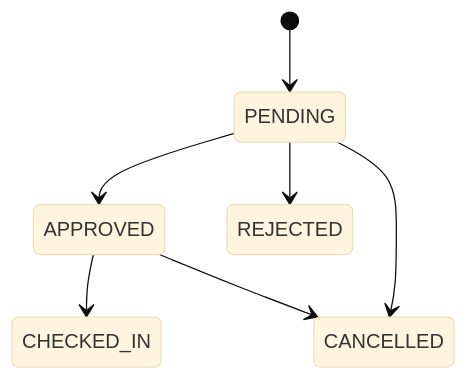
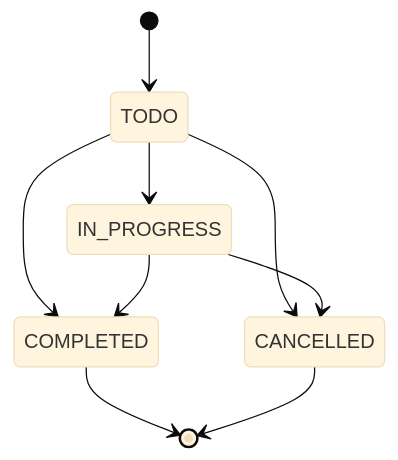
Before and after one commit to Weisheng02/degreeflow: the second of 2 diagrams in README.md, drawn with Mermaid (base theme). The commit also changed other lines of this file and 64 other files, not shown here.

````diff
--- a/README.md
+++ b/README.md
@@ -48,9 +41,11 @@
 ```mermaid
 stateDiagram-v2
-    [*] --> PENDING
-    PENDING --> APPROVED
-    PENDING --> REJECTED
-    PENDING --> CANCELLED
-    APPROVED --> CHECKED_IN
-    APPROVED --> CANCELLED
+    [*] --> TODO
+    TODO --> IN_PROGRESS
+    TODO --> COMPLETED
+    TODO --> CANCELLED
+    IN_PROGRESS --> COMPLETED
+    IN_PROGRESS --> CANCELLED
+    COMPLETED --> [*]
+    CANCELLED --> [*]
 ```
````
